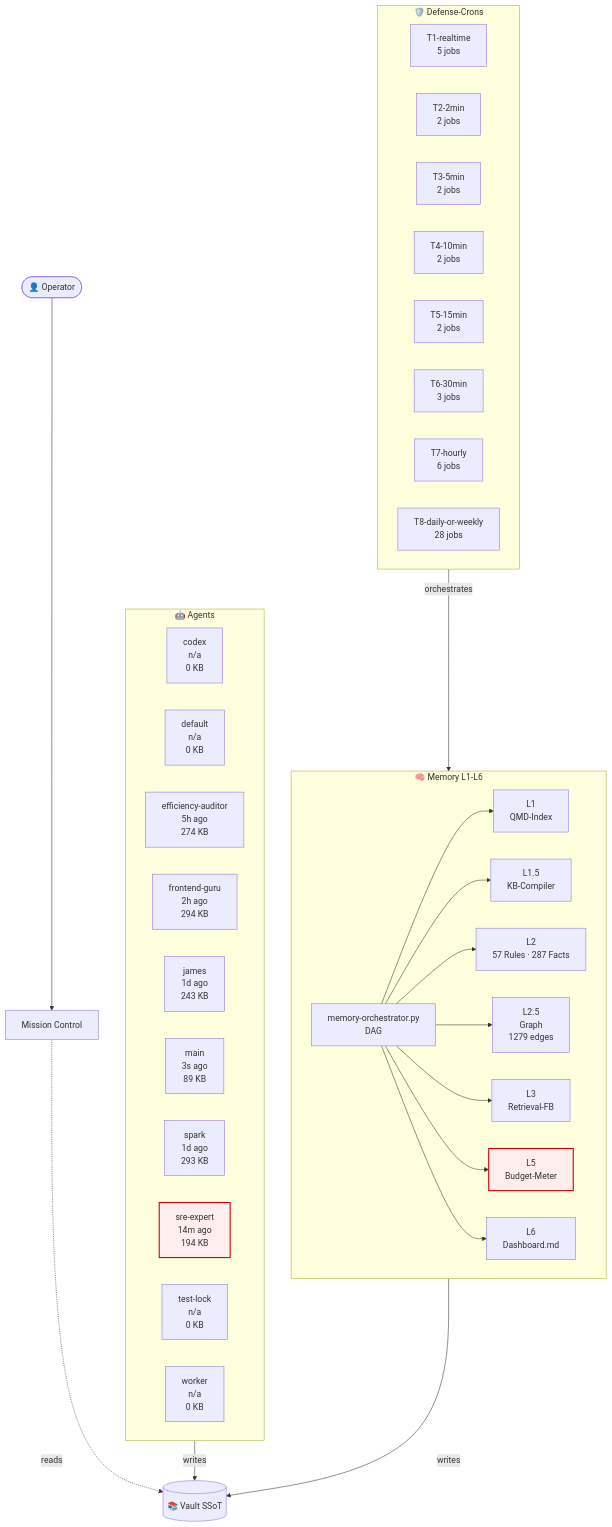
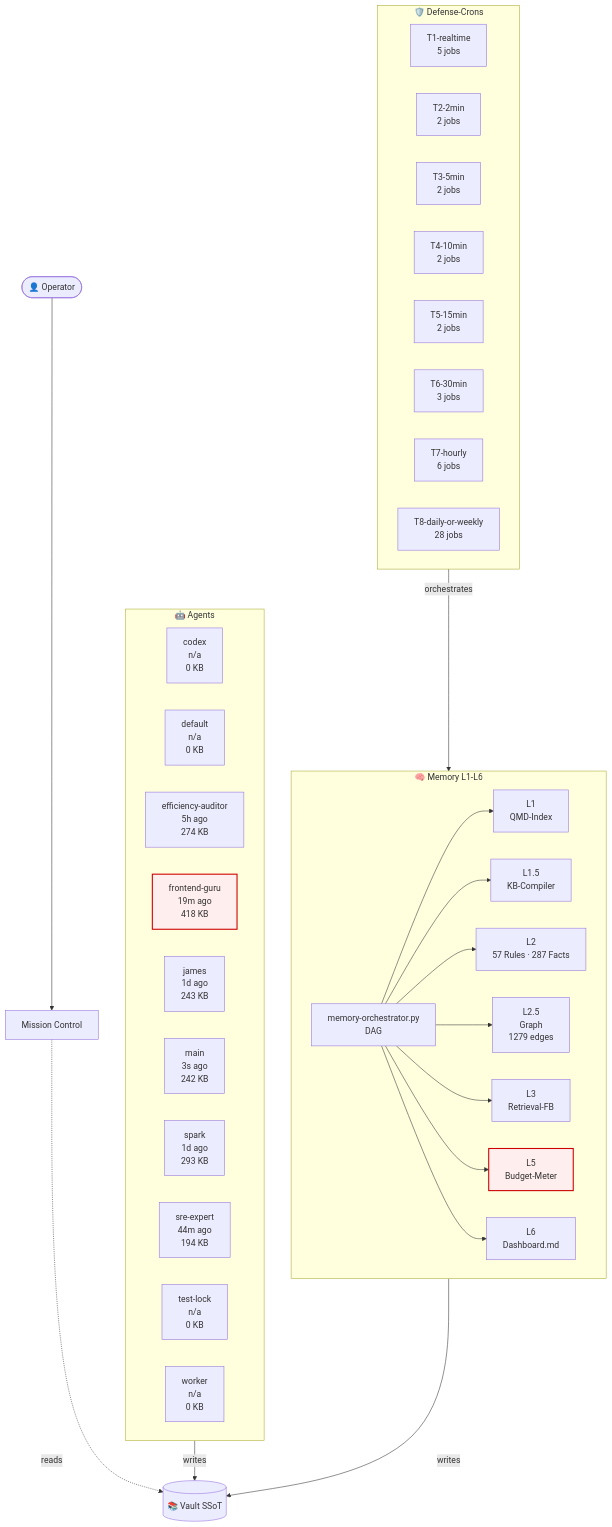
One commit to lenardhuebner88-rgb/openclaw-memory changed the diagram in 03-Agents/architecture-live.md. Above: the diagram before and after it, drawn with Mermaid. The commit also changed other lines of this file and 3 other files, not shown here.

````diff
--- a/03-Agents/architecture-live.md
+++ b/03-Agents/architecture-live.md
@@ -18,53 +18,53 @@
 ```mermaid
 flowchart TB
     classDef critical fill:#fee,stroke:#c00,stroke-width:2px;
     subgraph AGT["🤖 Agents"]
         agent_codex["codex<br/>n/a<br/>0 KB"]
         agent_default["default<br/>n/a<br/>0 KB"]
         agent_efficiency_auditor["efficiency-auditor<br/>5h ago<br/>274 KB"]
-        agent_frontend_guru["frontend-guru<br/>2h ago<br/>294 KB"]
+        agent_frontend_guru["frontend-guru<br/>19m ago<br/>418 KB"]
         agent_james["james<br/>1d ago<br/>243 KB"]
-        agent_main["main<br/>3s ago<br/>89 KB"]
+        agent_main["main<br/>3s ago<br/>242 KB"]
         agent_spark["spark<br/>1d ago<br/>293 KB"]
-        agent_sre_expert["sre-expert<br/>14m ago<br/>194 KB"]
+        agent_sre_expert["sre-expert<br/>44m ago<br/>194 KB"]
         agent_test_lock["test-lock<br/>n/a<br/>0 KB"]
         agent_worker["worker<br/>n/a<br/>0 KB"]
     end
     subgraph MEM["🧠 Memory L1-L6"]
         L1["L1<br/>QMD-Index"]
         L15["L1.5<br/>KB-Compiler"]
         L2["L2<br/>57 Rules · 287 Facts"]
         L25["L2.5<br/>Graph<br/>1279 edges"]
         L3["L3<br/>Retrieval-FB"]
         L5["L5<br/>Budget-Meter"]
         L6["L6<br/>Dashboard.md"]
         ORCH["memory-orchestrator.py<br/>DAG"]
     end
     subgraph CRN["🛡️ Defense-Crons"]
         tier_T1_realtime["T1-realtime<br/>5 jobs"]
         tier_T2_2min["T2-2min<br/>2 jobs"]
         tier_T3_5min["T3-5min<br/>2 jobs"]
         tier_T4_10min["T4-10min<br/>2 jobs"]
         tier_T5_15min["T5-15min<br/>2 jobs"]
         tier_T6_30min["T6-30min<br/>3 jobs"]
         tier_T7_hourly["T7-hourly<br/>6 jobs"]
         tier_T8_daily_or_weekly["T8-daily-or-weekly<br/>28 jobs"]
     end
     VAULT[("📚 Vault SSoT")]
     OP([👤 Operator])
     MC["Mission Control"]
     OP --> MC
     MC -.reads.-> VAULT
     AGT -->|writes| VAULT
     MEM -->|writes| VAULT
     ORCH --> L1
     ORCH --> L15
     ORCH --> L2
     ORCH --> L25
     ORCH --> L3
     ORCH --> L5
     ORCH --> L6
     CRN -->|orchestrates| MEM
     class L5 critical
-    class agent_sre_expert critical
+    class agent_frontend_guru critical
 ```
````
